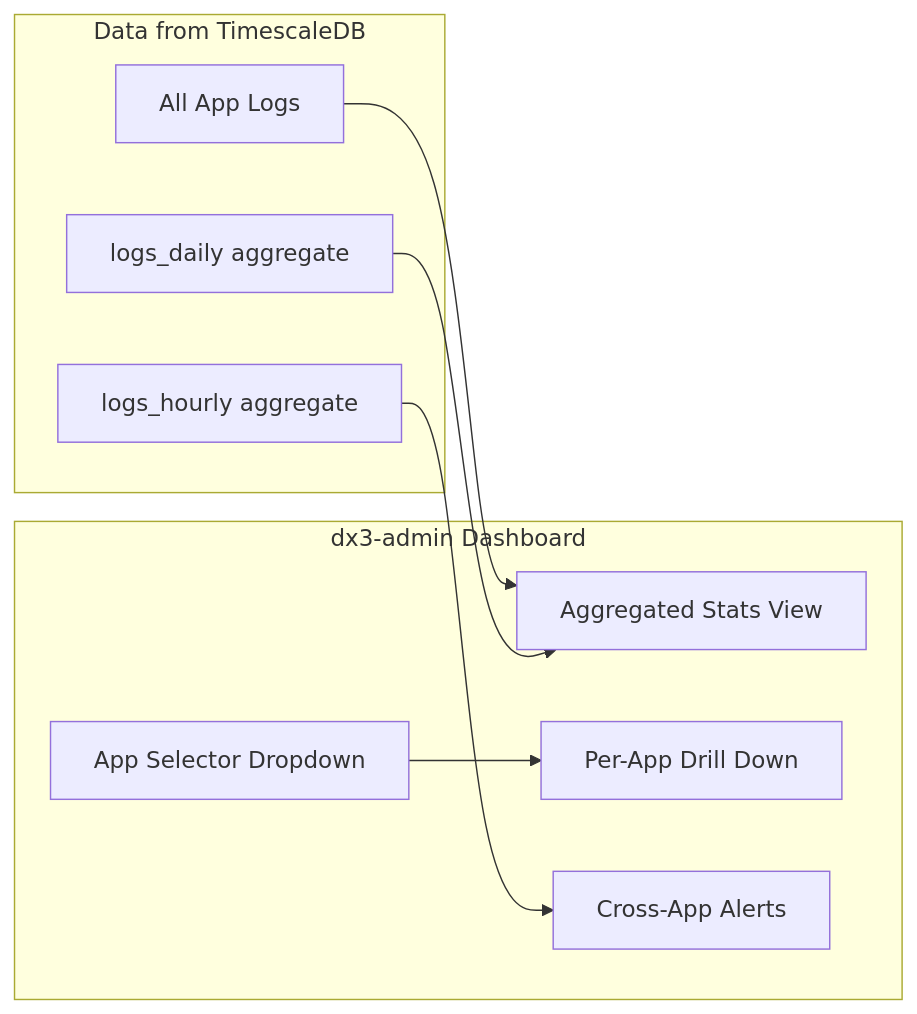
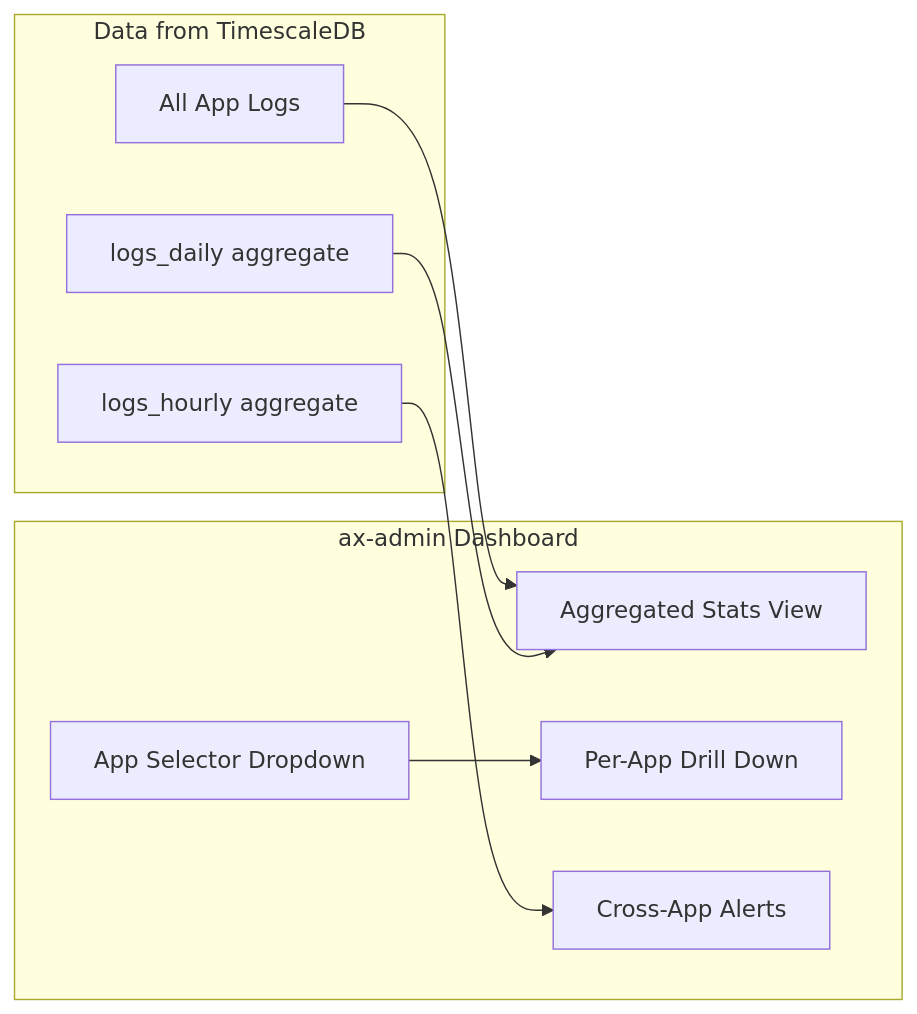
The eighth of 8 diagrams in docs/MULTI-APP-ECOSYSTEM-ARCHITECTURE.md (xxthcenturyboy/DX3-Monorepo), drawn with Mermaid before and after one commit. The commit also changed other lines of this file and 21 other files, not shown here.

````diff
--- a/docs/MULTI-APP-ECOSYSTEM-ARCHITECTURE.md
+++ b/docs/MULTI-APP-ECOSYSTEM-ARCHITECTURE.md
@@ -760,20 +760,20 @@
 ```mermaid
 flowchart LR
-    subgraph ParentDashboard [dx3-admin Dashboard]
+    subgraph ParentDashboard [ax-admin Dashboard]
         AppSelector[App Selector Dropdown]
         StatsView[Aggregated Stats View]
         PerAppDrill[Per-App Drill Down]
         AlertsPanel[Cross-App Alerts]
     end
 
     subgraph DataSources [Data from TimescaleDB]
         AllLogs[All App Logs]
         HourlyAgg[logs_hourly aggregate]
         DailyAgg[logs_daily aggregate]
     end
 
     AppSelector --> PerAppDrill
     AllLogs --> StatsView
     HourlyAgg --> AlertsPanel
     DailyAgg --> StatsView
 ```
````
